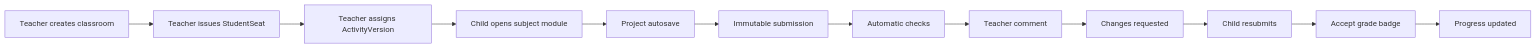
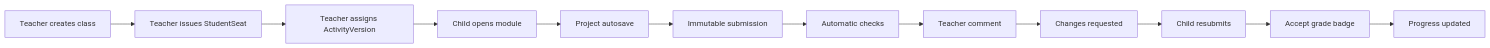
One commit to spikeal8-maker/asa-lab changed the fourth of 6 diagrams in docs/project-map/PROJECT_MAP.md. Above: the diagram before and after it, drawn with Mermaid. The commit also changed other lines of this file, not shown here.

Commit message:
docs(map): distinguish delivery stages from architecture horizons

````diff
--- a/docs/project-map/PROJECT_MAP.md
+++ b/docs/project-map/PROJECT_MAP.md
@@ -102,17 +123,17 @@
 ```mermaid
 flowchart LR
-    C1[Teacher creates classroom]
+    C1[Teacher creates class]
     C2[Teacher issues StudentSeat]
     C3[Teacher assigns ActivityVersion]
-    C4[Child opens subject module]
+    C4[Child opens module]
     C5[Project autosave]
     C6[Immutable submission]
     C7[Automatic checks]
     C8[Teacher comment]
     C9[Changes requested]
     C10[Child resubmits]
     C11[Accept grade badge]
     C12[Progress updated]
 
     C1 --> C2 --> C3 --> C4 --> C5 --> C6 --> C7 --> C8 --> C9 --> C10 --> C11 --> C12
 ```
````
